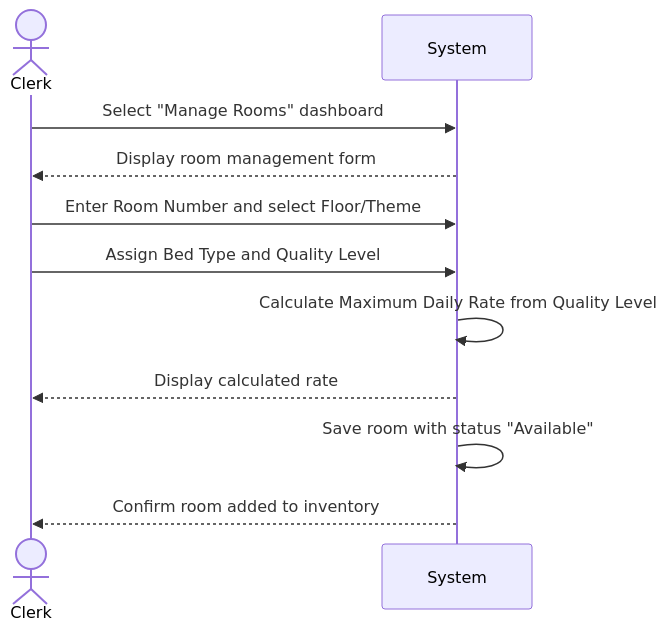
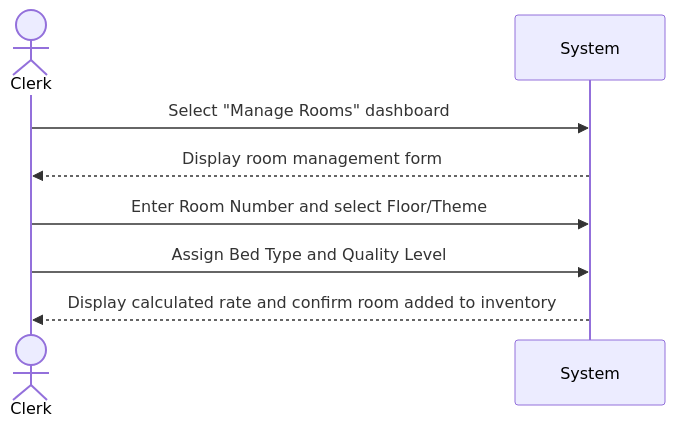
Before and after one commit to JaceYar/Software1-Proj: the diagram in Documentation/User-Cases/RoomInventoryThemeManagement.md, drawn with Mermaid. The commit also changed 17 other files, not shown here.

````diff
--- a/Documentation/User-Cases/RoomInventoryThemeManagement.md
+++ b/Documentation/User-Cases/RoomInventoryThemeManagement.md
@@ -11,14 +11,11 @@
 ```mermaid
 sequenceDiagram
     actor Clerk
     participant System
 
     Clerk->>System: Select "Manage Rooms" dashboard
     System-->>Clerk: Display room management form
     Clerk->>System: Enter Room Number and select Floor/Theme
     Clerk->>System: Assign Bed Type and Quality Level
-    System->>System: Calculate Maximum Daily Rate from Quality Level
-    System-->>Clerk: Display calculated rate
-    System->>System: Save room with status "Available"
-    System-->>Clerk: Confirm room added to inventory
+    System-->>Clerk: Display calculated rate and confirm room added to inventory
 ```
````
